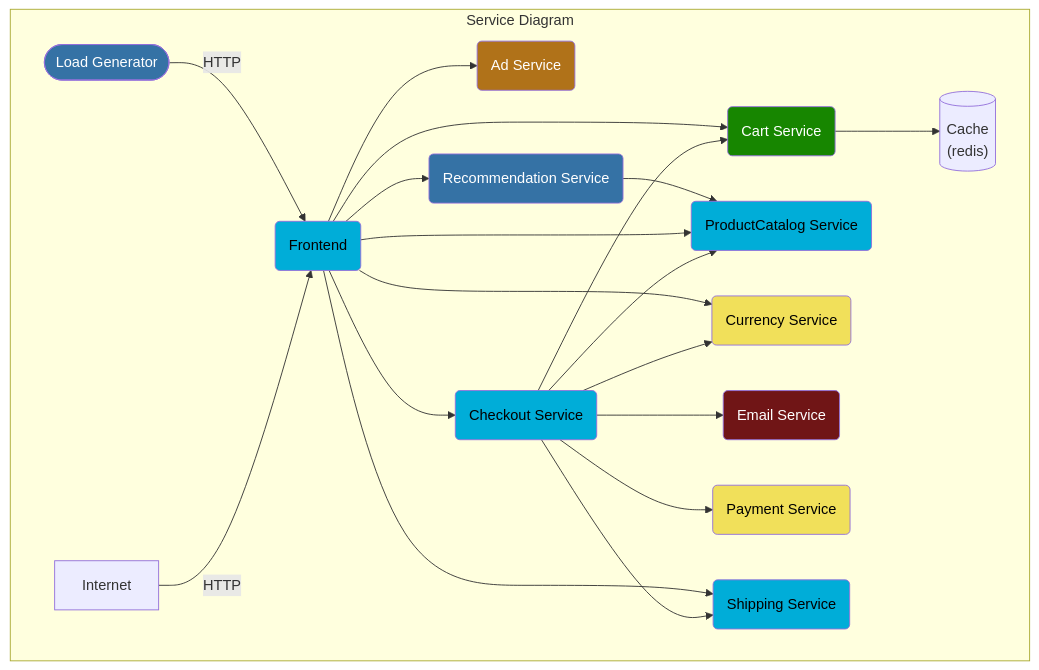
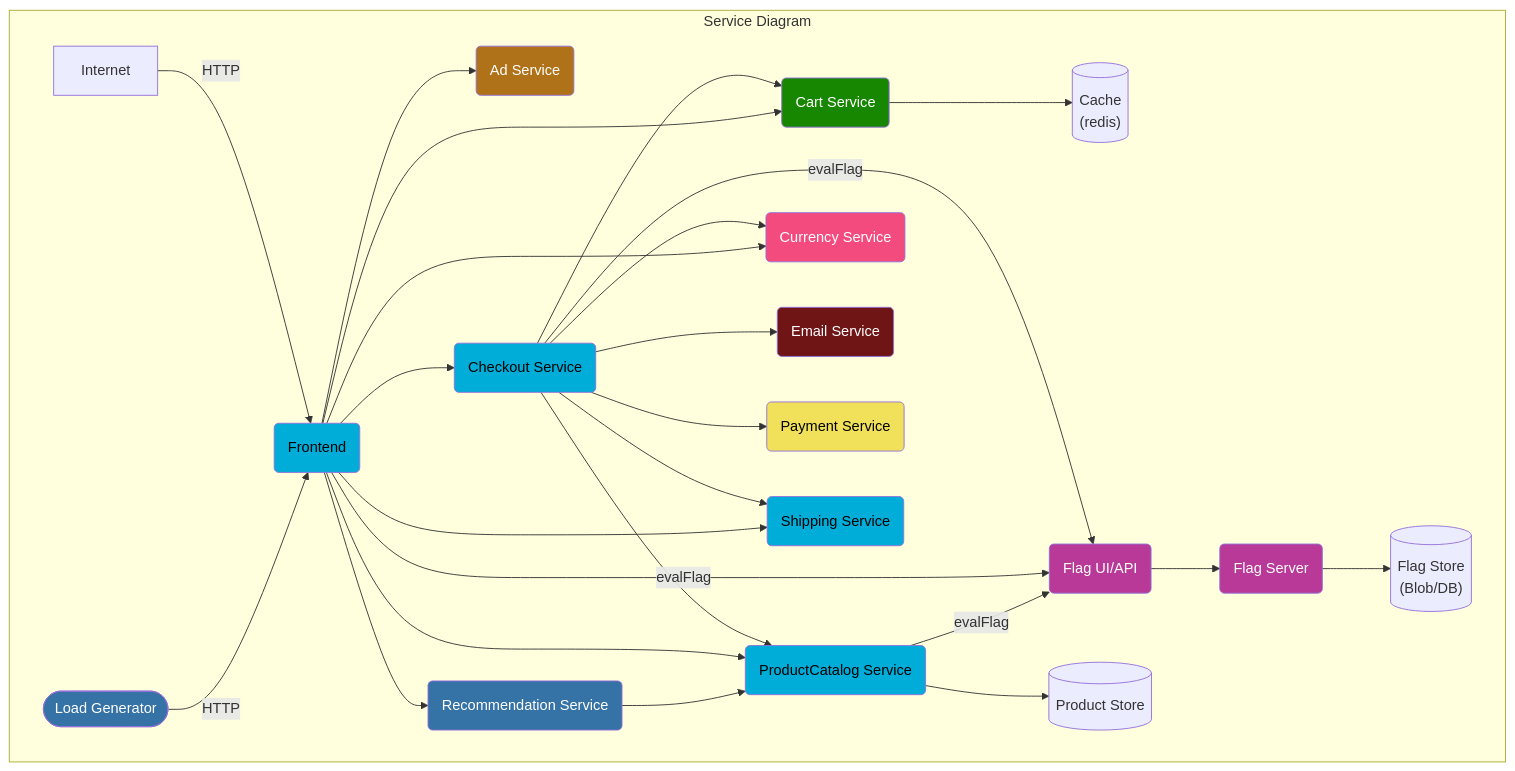
The first of 2 diagrams in README.md (open-telemetry/opentelemetry-demo), drawn with Mermaid before and after one commit. The commit also changed other lines of this file, not shown here.

````diff
--- a/README.md
+++ b/README.md
@@ -123,48 +123,59 @@
 ```mermaid
 graph TD
 
 subgraph Service Diagram
 adservice(Ad Service):::java
 cache[(Cache<br/>&#40redis&#41)]
 cartservice(Cart Service):::dotnet
 checkoutservice(Checkout Service):::golang
-currencyservice(Currency Service):::nodejs
+currencyservice(Currency Service):::cpp
 emailservice(Email Service):::ruby
 frontend(Frontend):::golang
 loadgenerator([Load Generator]):::python
 paymentservice(Payment Service):::nodejs
 productcatalogservice(ProductCatalog Service):::golang
 recommendationservice(Recommendation Service):::python
 shippingservice(Shipping Service):::golang
+productstore[(Product Store)]:::db
 
 Internet -->|HTTP| frontend
 loadgenerator -->|HTTP| frontend
 
 checkoutservice --> cartservice --> cache
 checkoutservice --> productcatalogservice
 checkoutservice --> currencyservice
 checkoutservice --> emailservice
 checkoutservice --> paymentservice
 checkoutservice --> shippingservice
+checkoutservice --> |evalFlag| featureflagfeservice
 
 frontend --> adservice
 frontend --> cartservice
 frontend --> productcatalogservice
 frontend --> checkoutservice
 frontend --> currencyservice
 frontend --> recommendationservice --> productcatalogservice
 frontend --> shippingservice
+frontend --> |evalFlag| featureflagfeservice
 
+productcatalogservice --> |evalFlag| featureflagfeservice
+productcatalogservice --> productstore
+
+featureflagbeservice(Flag Server):::erlang
+featureflagfeservice(Flag UI/API):::erlang
+featureflagstore[(Flag Store<br/>&#40Blob/DB&#41)]
+
+featureflagfeservice --> featureflagbeservice --> featureflagstore
 
 end
 classDef java fill:#b07219,color:white;
 classDef dotnet fill:#178600,color:white;
 classDef golang fill:#00add8,color:black;
 classDef cpp fill:#f34b7d,color:white;
 classDef ruby fill:#701516,color:white;
 classDef python fill:#3572A5,color:white;
 classDef nodejs fill:#f1e05a,color:black;
 classDef rust fill:#dea584,color:black;
 classDef erlang fill:#b83998,color:white;
 classDef php fill:#4f5d95,color:white;
 ```
````
